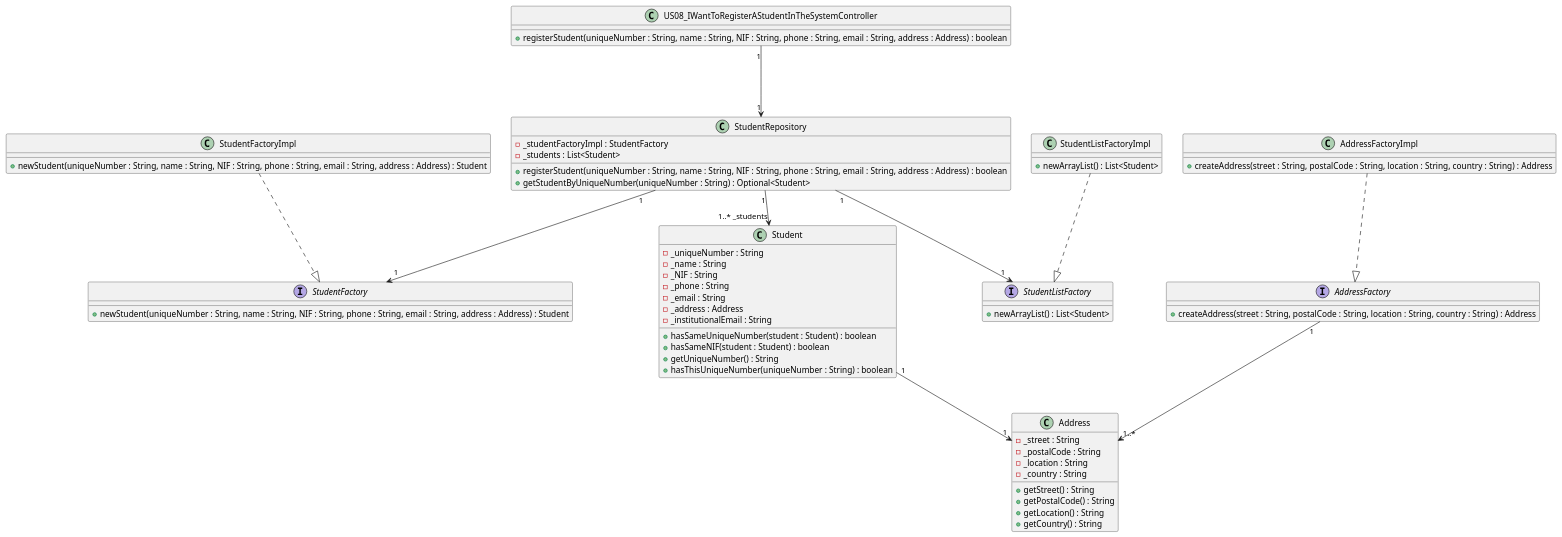
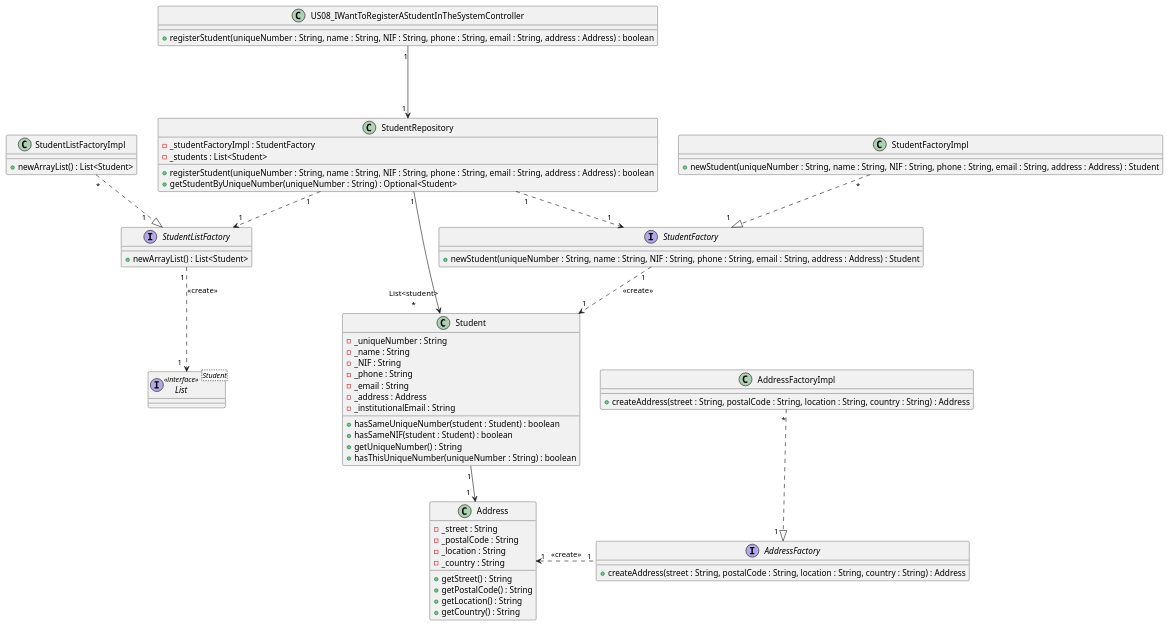
The diagram in docs/US08/US08_RegisterStudentInSystem_ClassDiagram.puml (GasparISEP/DevOps-PAI), drawn with PlantUML before and after one commit. The commit also changed 1 other file, not shown here.

Commit message:
Updated relationships for US08_RegisterStudentInSystem_ClassDiagram and US07_ClassDiagram

```diff
--- a/docs/US08/US08_RegisterStudentInSystem_ClassDiagram.puml
+++ b/docs/US08/US08_RegisterStudentInSystem_ClassDiagram.puml
@@ -1,73 +1,76 @@
 @startuml
 
 class US08_IWantToRegisterAStudentInTheSystemController {
     + registerStudent(uniqueNumber : String, name : String, NIF : String, phone : String, email : String, address : Address) : boolean
 }
 
 class StudentRepository {
     - _studentFactoryImpl : StudentFactory
     - _students : List<Student>
     + registerStudent(uniqueNumber : String, name : String, NIF : String, phone : String, email : String, address : Address) : boolean
     + getStudentByUniqueNumber(uniqueNumber : String) : Optional<Student>
 }
 
 class Student {
     - _uniqueNumber : String
     - _name : String
     - _NIF : String
     - _phone : String
     - _email : String
     - _address : Address
     - _institutionalEmail : String
     + hasSameUniqueNumber(student : Student) : boolean
     + hasSameNIF(student : Student) : boolean
     + getUniqueNumber() : String
     + hasThisUniqueNumber(uniqueNumber : String) : boolean
 }
 
 interface StudentFactory {
     + newStudent(uniqueNumber : String, name : String, NIF : String, phone : String, email : String, address : Address) : Student
 }
 
 class StudentFactoryImpl {
     + newStudent(uniqueNumber : String, name : String, NIF : String, phone : String, email : String, address : Address) : Student
 }
 
 interface StudentListFactory {
     + newArrayList() : List<Student>
 }
 
 class StudentListFactoryImpl {
     + newArrayList() : List<Student>
 }
 
 class Address {
     - _street : String
     - _postalCode : String
     - _location : String
     - _country : String
     + getStreet() : String
     + getPostalCode() : String
     + getLocation() : String
     + getCountry() : String
 }
 
 interface AddressFactory {
     + createAddress(street : String, postalCode : String, location : String, country : String) : Address
 }
 
 class AddressFactoryImpl {
     + createAddress(street : String, postalCode : String, location : String, country : String) : Address
 }
 
-US08_IWantToRegisterAStudentInTheSystemController "1" ---> "1" StudentRepository
-StudentRepository "1" --> "1" StudentFactory
-StudentRepository "1" --> "1..* _students" Student
-StudentRepository "1" --> "1" StudentListFactory
-Student "1" --> "1" Address
-StudentFactoryImpl ..|> StudentFactory
-StudentListFactoryImpl ..|> StudentListFactory
-AddressFactoryImpl ..|> AddressFactory
-AddressFactory "1" --> "1..*" Address
+interface List<Student> <<interface>> {}
 
+US08_IWantToRegisterAStudentInTheSystemController "1" ---> "1 " StudentRepository
+StudentRepository "1" ..> "1" StudentFactory
+StudentRepository "1" ---> "List<student>\n*" Student
+StudentRepository "1" ..> "1" StudentListFactory
+StudentListFactory "1 " ..> "1  " List: <<create>>
+Student "1" --> "1  " Address
+StudentFactoryImpl "*" ..|> "1     " StudentFactory
+StudentListFactoryImpl "*" ..|> "1     " StudentListFactory
+AddressFactoryImpl "*" ..|> "1  " AddressFactory
+AddressFactory "1" .l.> "1" Address: <<create>>
+StudentFactory "1" ..> "1" Student: <<create>>
 @enduml
```
